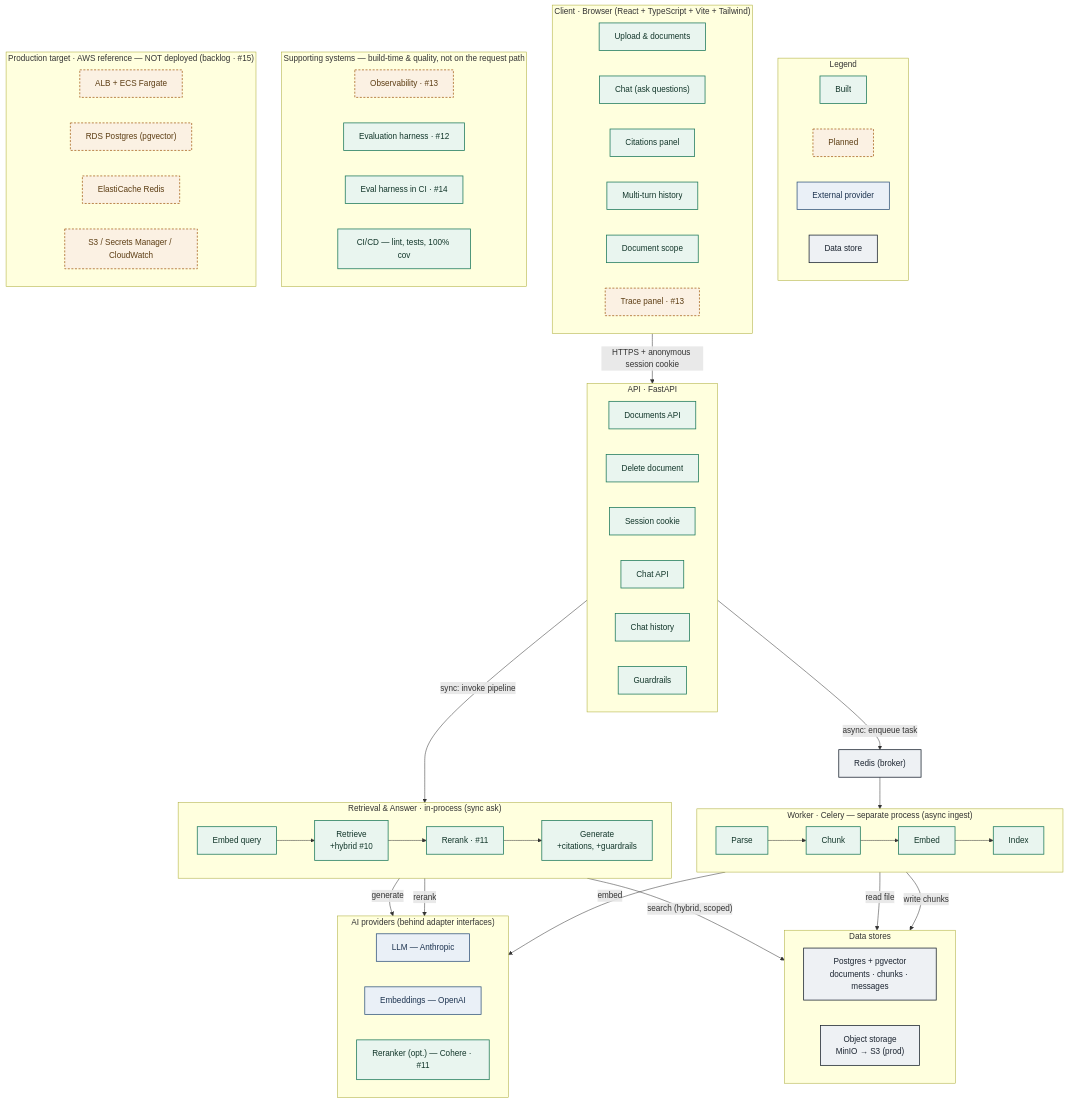
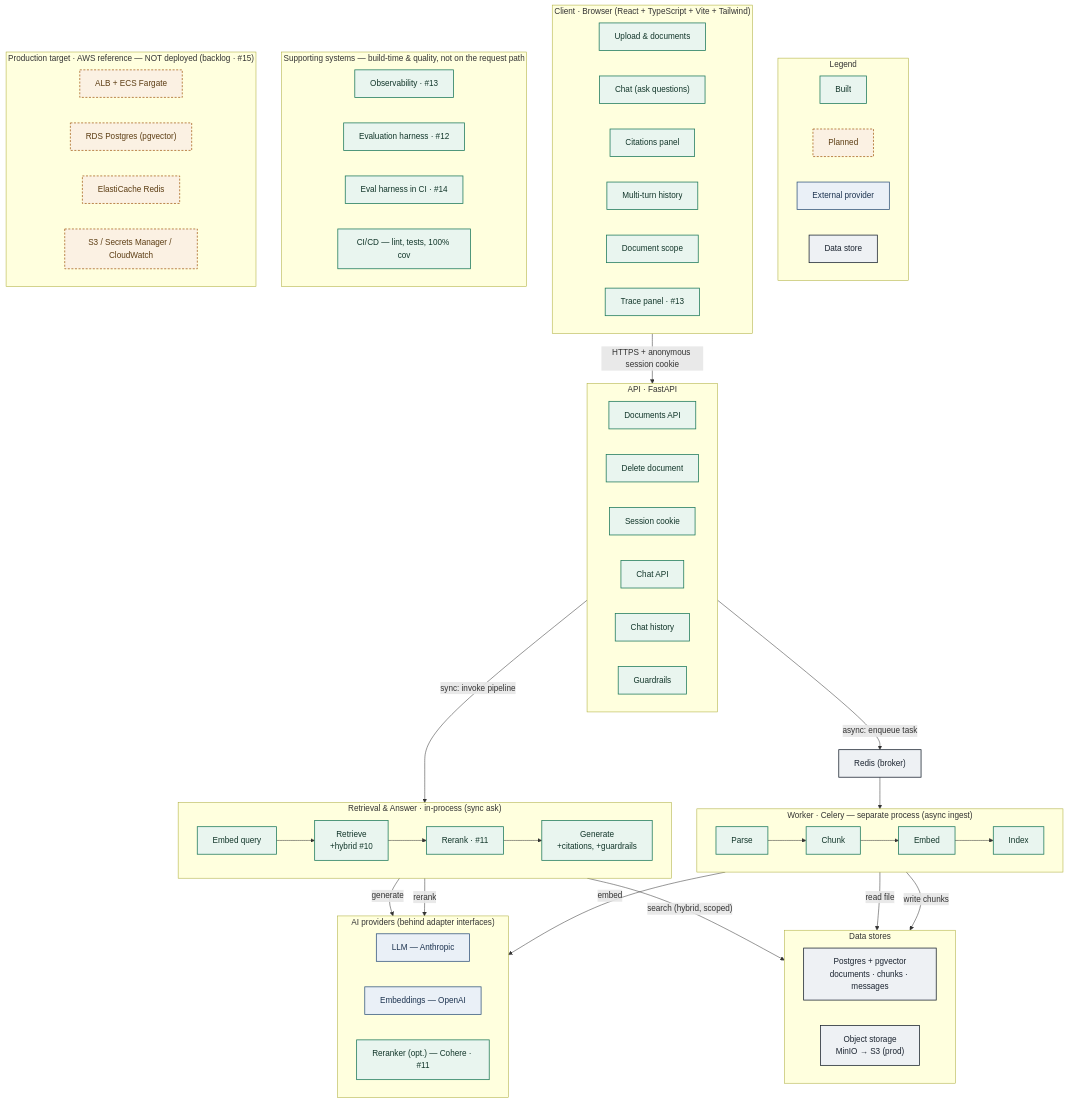
The diagram in docs/architecture.md (amiaynara/chat-with-your-docs), drawn with Mermaid before and after one commit. The commit also changed other lines of this file and 8 other files, not shown here.

First line of the commit message:
feat: in-app trace panel + structured pipeline logging (#14)

```diff
--- a/docs/architecture.md
+++ b/docs/architecture.md
@@ -36,7 +36,7 @@
         C3["Citations panel"]:::built
         C4["Multi-turn history"]:::built
         C5["Document scope"]:::built
-        C6["Trace panel · #13"]:::planned
+        C6["Trace panel · #13"]:::built
     end
 
     subgraph API["API · FastAPI"]
@@ -76,7 +76,7 @@
 
     subgraph SUPPORT["Supporting systems — build-time & quality, not on the request path"]
         direction LR
-        S1["Observability · #13"]:::planned
+        S1["Observability · #13"]:::built
         S2["Evaluation harness · #12"]:::built
         S2b["Eval harness in CI · #14"]:::built
         S3["CI/CD — lint, tests, 100% cov"]:::built
```
